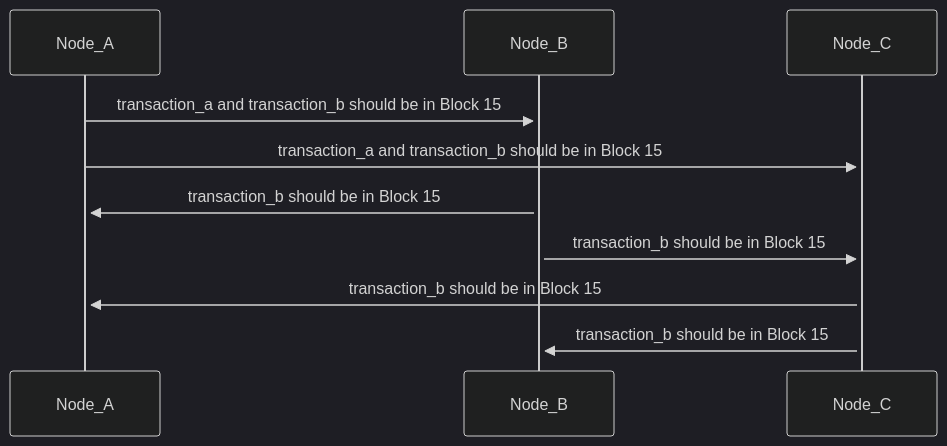
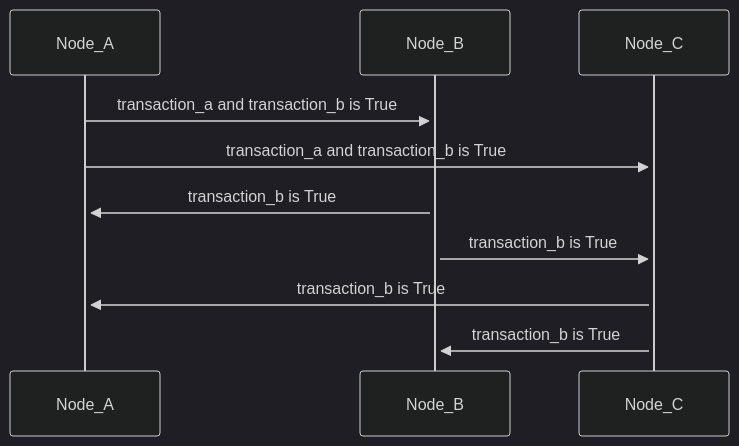
One commit to Naruno/Naruno changed the first of 5 diagrams in docs/concepts/consensus/consensus.md. Above: the diagram before and after it, drawn with Mermaid (dark theme). The commit also changed other lines of this file, not shown here.

````diff
--- a/docs/concepts/consensus/consensus.md
+++ b/docs/concepts/consensus/consensus.md
@@ -48,16 +56,16 @@
 ```mermaid
 sequenceDiagram
     participant Node_A
     participant Node_B
     participant Node_C
     
             
-    Node_A->>+Node_B: transaction_a and transaction_b should be in Block 15
-    Node_A->>+Node_C: transaction_a and transaction_b should be in Block 15
+    Node_A->>+Node_B: transaction_a and transaction_b is True
+    Node_A->>+Node_C: transaction_a and transaction_b is True
 
-    Node_B->>+Node_A: transaction_b should be in Block 15
-    Node_B->>+Node_C: transaction_b should be in Block 15
+    Node_B->>+Node_A: transaction_b is True
+    Node_B->>+Node_C: transaction_b is True
 
-    Node_C->>+Node_A: transaction_b should be in Block 15
-    Node_C->>+Node_B: transaction_b should be in Block 15
+    Node_C->>+Node_A: transaction_b is True
+    Node_C->>+Node_B: transaction_b is True
 ```
````
